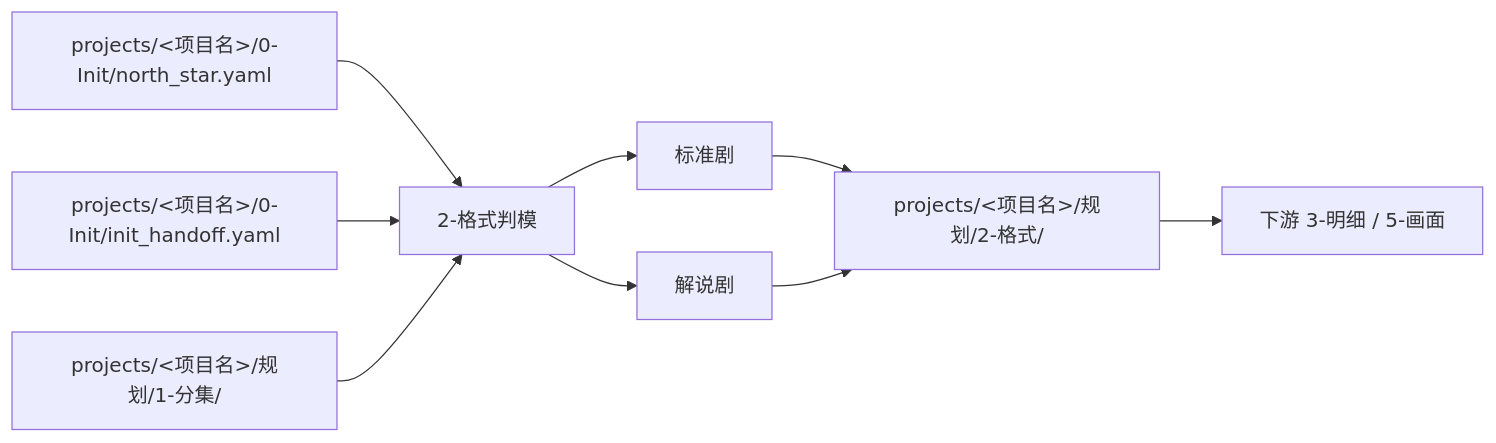
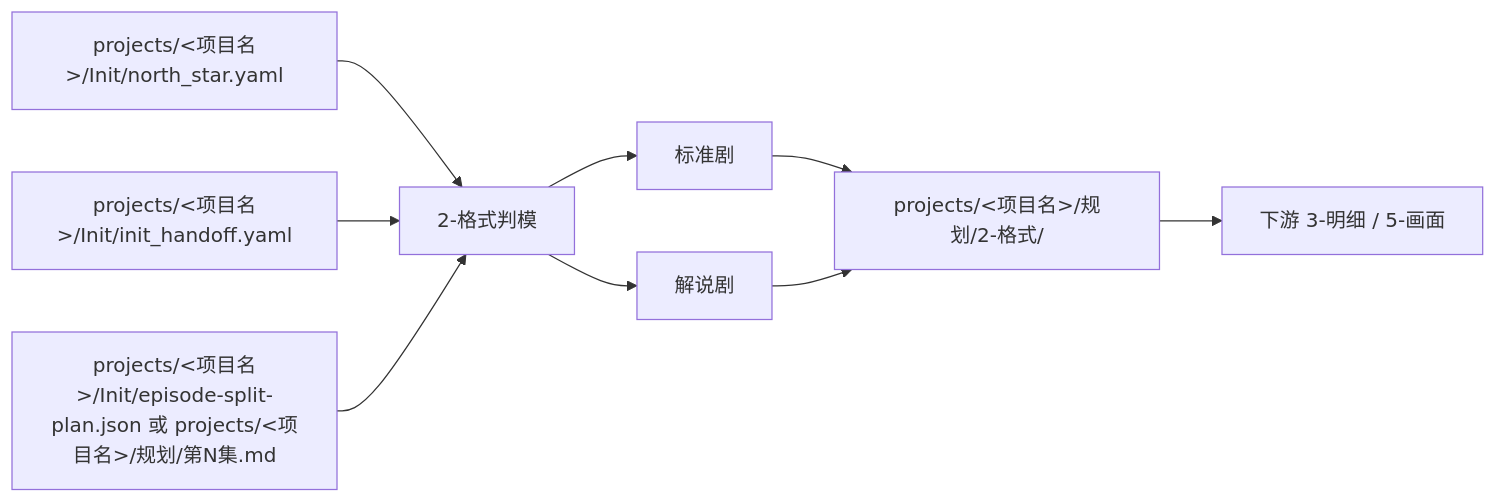
One commit to ZEN-VOID/AI-CUT changed the second of 2 diagrams in .agents/skills/aigc/1-规划/subtypes/2-格式/SKILL.md. Above: the diagram before and after it, drawn with Mermaid. The commit also changed other lines of this file and 54 other files, not shown here.

````diff
--- a/.agents/skills/aigc/1-规划/subtypes/2-格式/SKILL.md
+++ b/.agents/skills/aigc/1-规划/subtypes/2-格式/SKILL.md
@@ -83,11 +83,11 @@
 ```mermaid
 flowchart LR
-    A["projects/<项目名>/0-Init/north_star.yaml"] --> D["2-格式判模"]
-    B["projects/<项目名>/0-Init/init_handoff.yaml"] --> D
-    C["projects/<项目名>/规划/1-分集/"] --> D
+    A["projects/<项目名>/Init/north_star.yaml"] --> D["2-格式判模"]
+    B["projects/<项目名>/Init/init_handoff.yaml"] --> D
+    C["projects/<项目名>/Init/episode-split-plan.json 或 projects/<项目名>/规划/第N集.md"] --> D
     D --> E["标准剧"]
     D --> F["解说剧"]
     E --> G["projects/<项目名>/规划/2-格式/"]
     F --> G
     G --> H["下游 3-明细 / 5-画面"]
 ```
````
